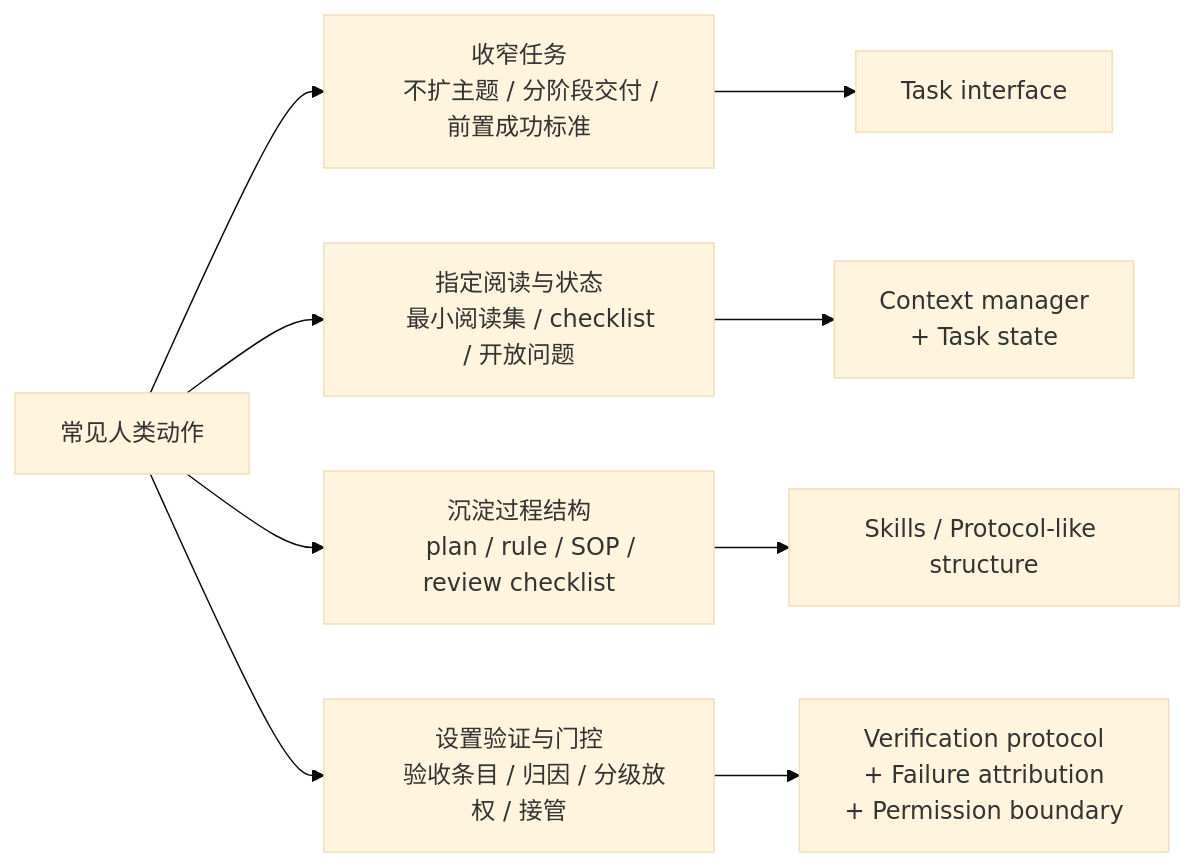
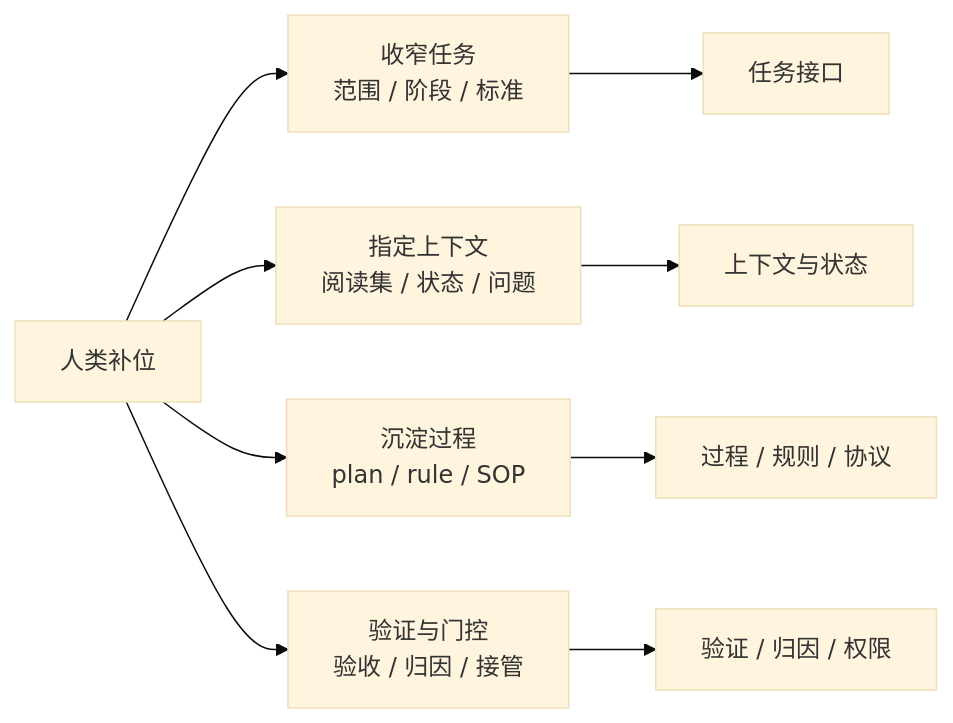
Before and after one commit to wenyuexin/ai-praxis: the diagram in agentic/04-human-agent-interaction/human-in-the-loop/vibe-coding-human-harness.md, drawn with Mermaid (base theme). The commit also changed other lines of this file and 16 other files, not shown here.

````diff
--- a/agentic/04-human-agent-interaction/human-in-the-loop/vibe-coding-human-harness.md
+++ b/agentic/04-human-agent-interaction/human-in-the-loop/vibe-coding-human-harness.md
@@ -54,19 +26,12 @@
 ```mermaid
 flowchart LR
-    A[常见人类动作] --> B1[收窄任务
-    不扩主题 / 分阶段交付 / 前置成功标准]
-    A --> B2[指定阅读与状态
-    最小阅读集 / checklist / 开放问题]
-    A --> B3[沉淀过程结构
-    plan / rule / SOP / review checklist]
-    A --> B4[设置验证与门控
-    验收条目 / 归因 / 分级放权 / 接管]
+    A[人类补位] --> B1[收窄任务<br/>范围 / 阶段 / 标准]
+    A --> B2[指定上下文<br/>阅读集 / 状态 / 问题]
+    A --> B3[沉淀过程<br/>plan / rule / SOP]
+    A --> B4[验证与门控<br/>验收 / 归因 / 接管]
 
-    B1 --> C1[Task interface]
-    B2 --> C2[Context manager
-    + Task state]
-    B3 --> C3[Skills / Protocol-like structure]
-    B4 --> C4[Verification protocol
-    + Failure attribution
-    + Permission boundary]
+    B1 --> C1[任务接口]
+    B2 --> C2[上下文与状态]
+    B3 --> C3[过程 / 规则 / 协议]
+    B4 --> C4[验证 / 归因 / 权限]
 ```
````
